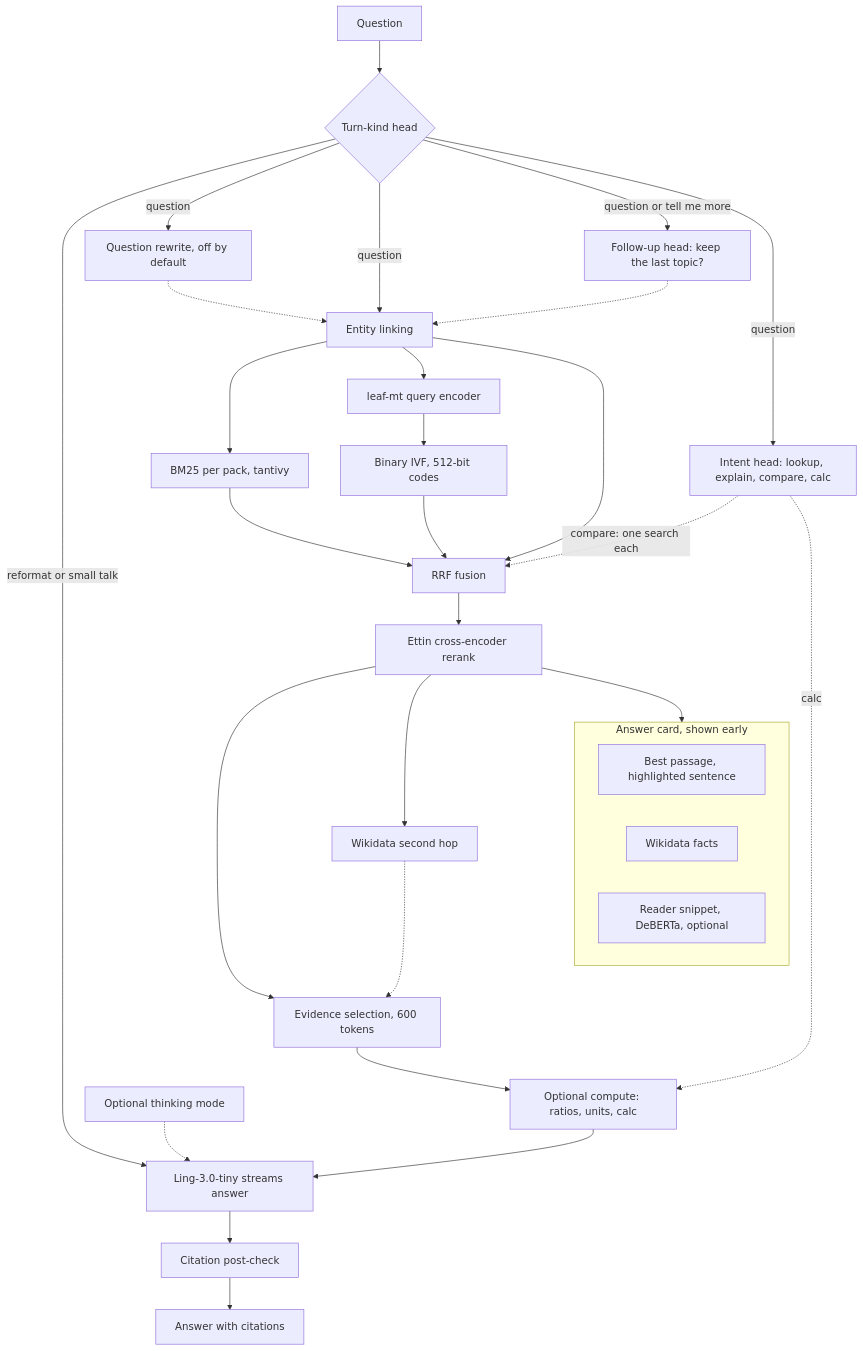
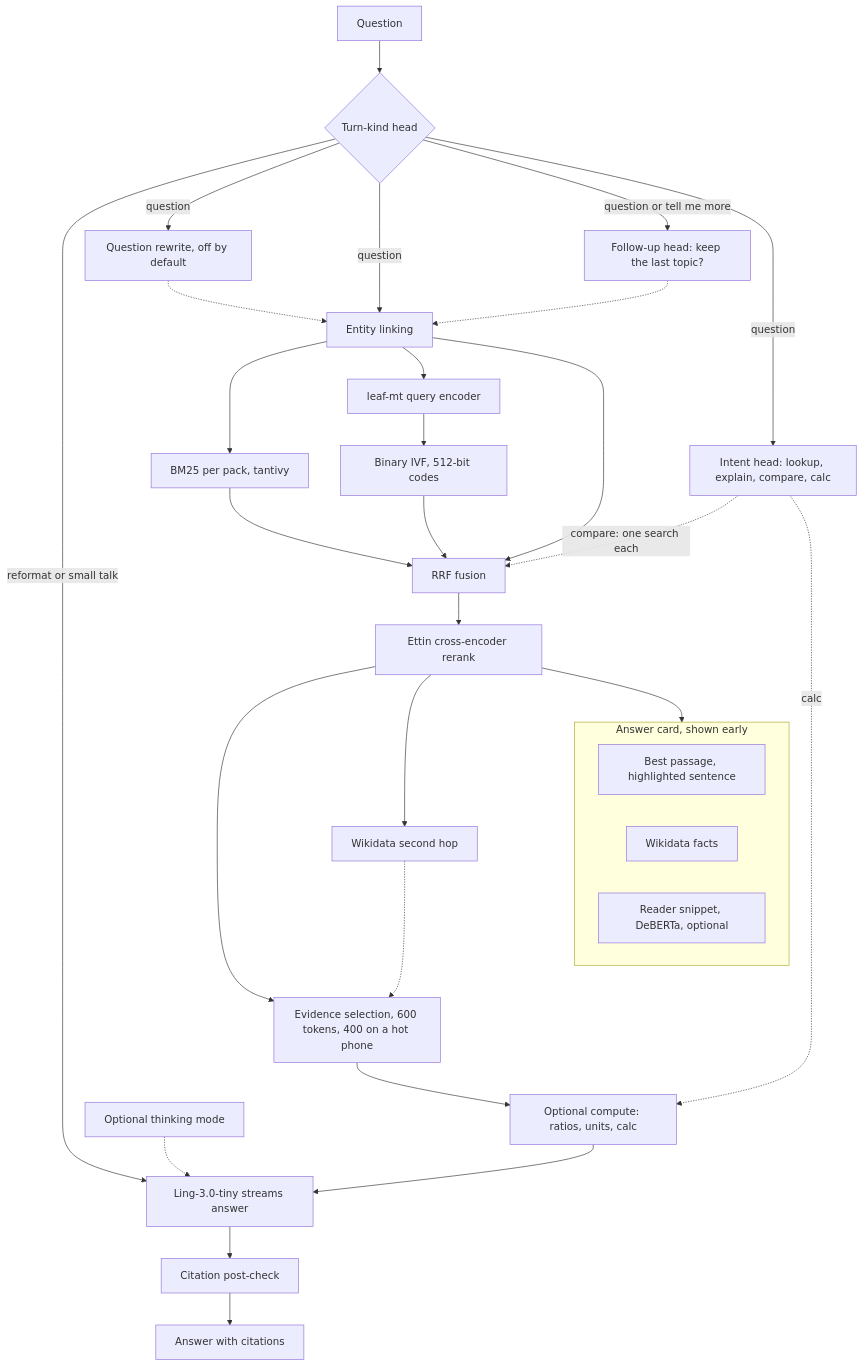
One commit to 0xPD33/commonplace changed the fifth of 5 diagrams in README.md. Above: the diagram before and after it, drawn with Mermaid. The commit also changed 1 other file, not shown here.

Commit message:
Send less evidence on a hot phone
In a 75-question Pixel session the first word slowed from 13 s to
30 s, because prefill fell from 75 to 23 tok/s as the phone heated up.
The evidence is most of the new prompt. Above a thermal headroom of
0.85, the mark that already drops a decode thread, the evidence budget
is now 400 tokens instead of 600.

On the 63 seeds this cuts the new prompt by a median of 195 tokens.
At the prefill rate of a hot Pixel, that is about 6.5 to 8.5 s less to
the first word (an estimate from the measured rates). In a blind
pairwise judge, 600 tokens won 30, tied 13 and lost 20 (p = 0.20).

````diff
--- a/README.md
+++ b/README.md
@@ -198,34 +198,34 @@
 ```mermaid
 flowchart TD
   Q["Question"] --> TK{"Turn-kind head"}
   TK -->|"reformat or small talk"| GEN
   TK -->|"question"| REW["Question rewrite, off by default"]
   TK -->|"question"| ENT["Entity linking"]
   TK -->|"question or tell me more"| FU["Follow-up head: keep the last topic?"]
   FU -.-> ENT
   REW -.-> ENT
   TK -->|"question"| INT["Intent head: lookup, explain, compare, calc"]
   ENT --> BM25["BM25 per pack, tantivy"]
   ENT --> ENC["leaf-mt query encoder"]
   ENC --> IVF["Binary IVF, 512-bit codes"]
   BM25 --> RRF["RRF fusion"]
   IVF --> RRF
   ENT --> RRF
   INT -.->|"compare: one search each"| RRF
   RRF --> RR["Ettin cross-encoder rerank"]
   RR --> CARD
   subgraph CARD["Answer card, shown early"]
     P["Best passage, highlighted sentence"]
     F["Wikidata facts"]
     R["Reader snippet, DeBERTa, optional"]
   end
-  RR --> EV["Evidence selection, 600 tokens"]
+  RR --> EV["Evidence selection, 600 tokens, 400 on a hot phone"]
   RR --> HOP["Wikidata second hop"]
   HOP -.-> EV
   EV --> COMP["Optional compute: ratios, units, calc"]
   INT -.->|"calc"| COMP
   COMP --> GEN["Ling-3.0-tiny streams answer"]
   THINK["Optional thinking mode"] -.-> GEN
   GEN --> CHK["Citation post-check"]
   CHK --> ANS["Answer with citations"]
 ```
````
